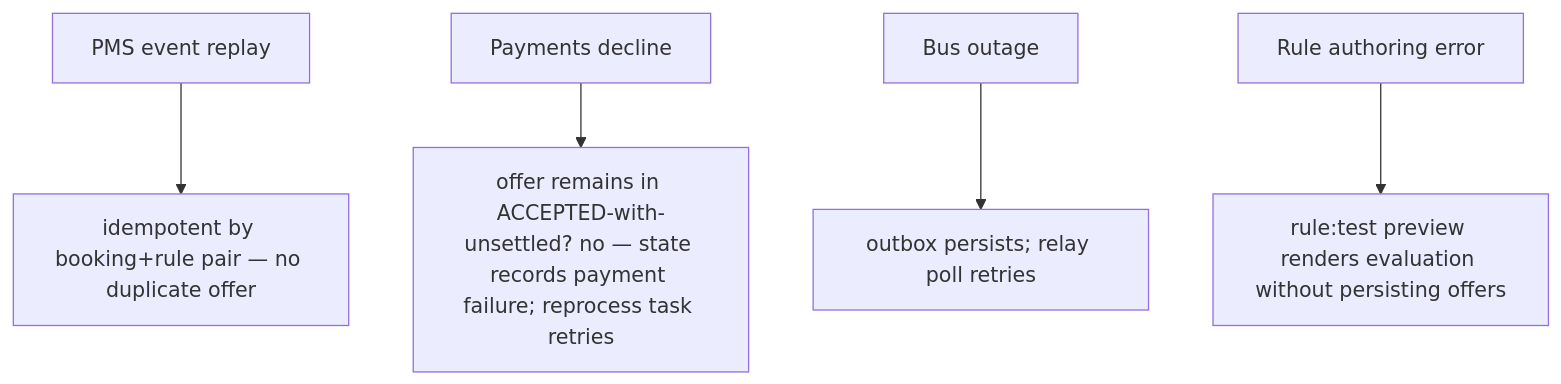
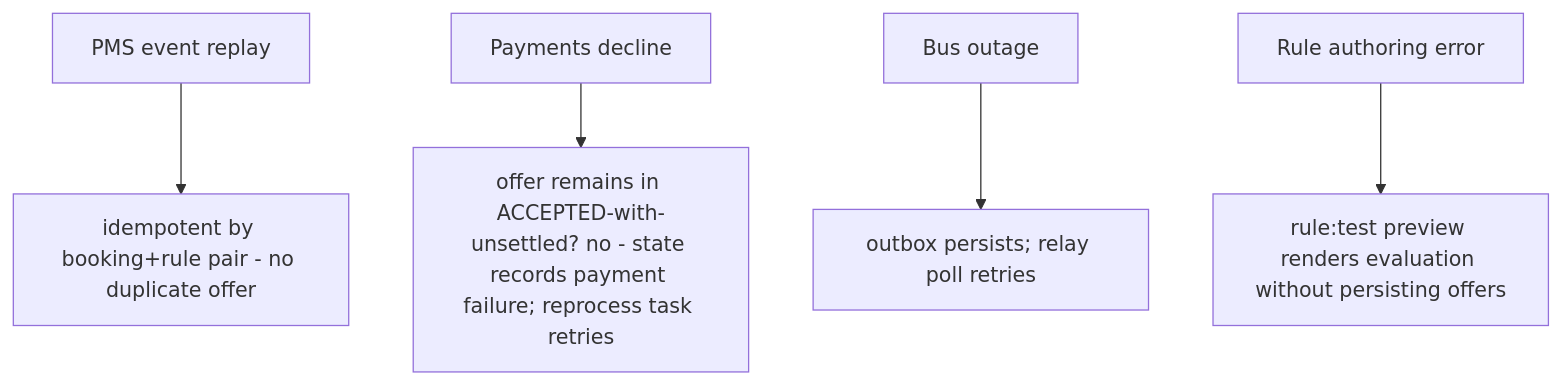
One commit to Hotel8/hotel8-upsell changed the ninth of 11 diagrams in DESIGN.md. Above: the diagram before and after it, drawn with Mermaid. The commit also changed other lines of this file and 27 other files, not shown here.

````diff
--- a/DESIGN.md
+++ b/DESIGN.md
@@ -172,7 +172,7 @@
 ```mermaid
 flowchart TD
-    A[PMS event replay] --> B[idempotent by booking+rule pair — no duplicate offer]
-    C[Payments decline] --> D[offer remains in ACCEPTED-with-unsettled? no — state records payment failure; reprocess task retries]
+    A[PMS event replay] --> B[idempotent by booking+rule pair - no duplicate offer]
+    C[Payments decline] --> D[offer remains in ACCEPTED-with-unsettled? no - state records payment failure; reprocess task retries]
     E[Bus outage] --> F[outbox persists; relay poll retries]
     G[Rule authoring error] --> H[rule:test preview renders evaluation without persisting offers]
 ```
````
